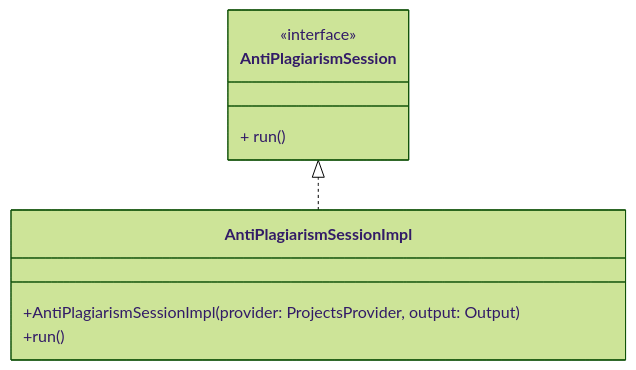
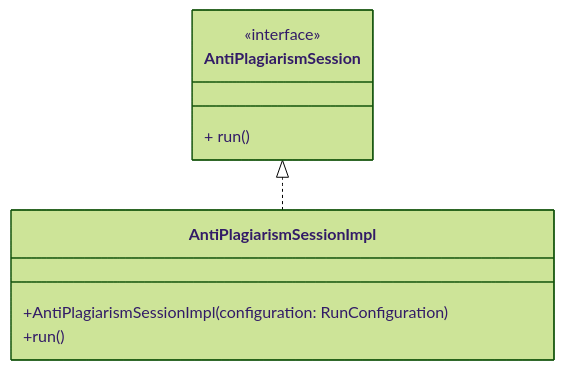
Before and after one commit to tassiLuca/code-plagiarism-detector-doc: the seventh of 12 diagrams in doc.md, drawn with Mermaid (forest theme). The commit also changed other lines of this file, not shown here.

````diff
--- a/doc.md
+++ b/doc.md
@@ -271,14 +271,14 @@
 ```mermaid
 classDiagram
     direction BT
     class AntiPlagiarismSession {
         <<interface>>
         + run()
     }
 
     class AntiPlagiarismSessionImpl {
-        +AntiPlagiarismSessionImpl(provider: ProjectsProvider, output: Output)
+        +AntiPlagiarismSessionImpl(configuration: RunConfiguration)
         +run()
     }
     AntiPlagiarismSessionImpl ..|> AntiPlagiarismSession
 ```
````
